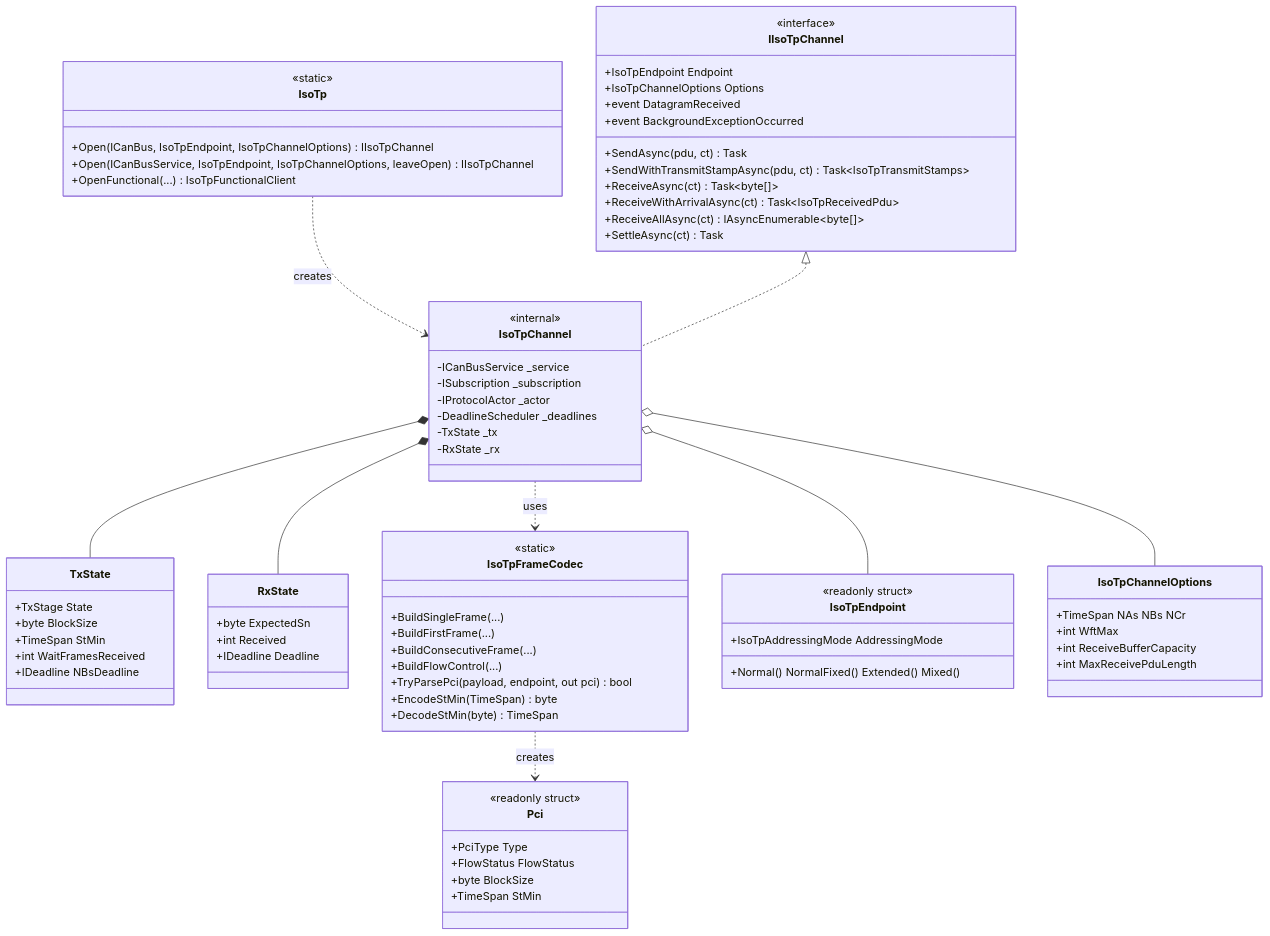
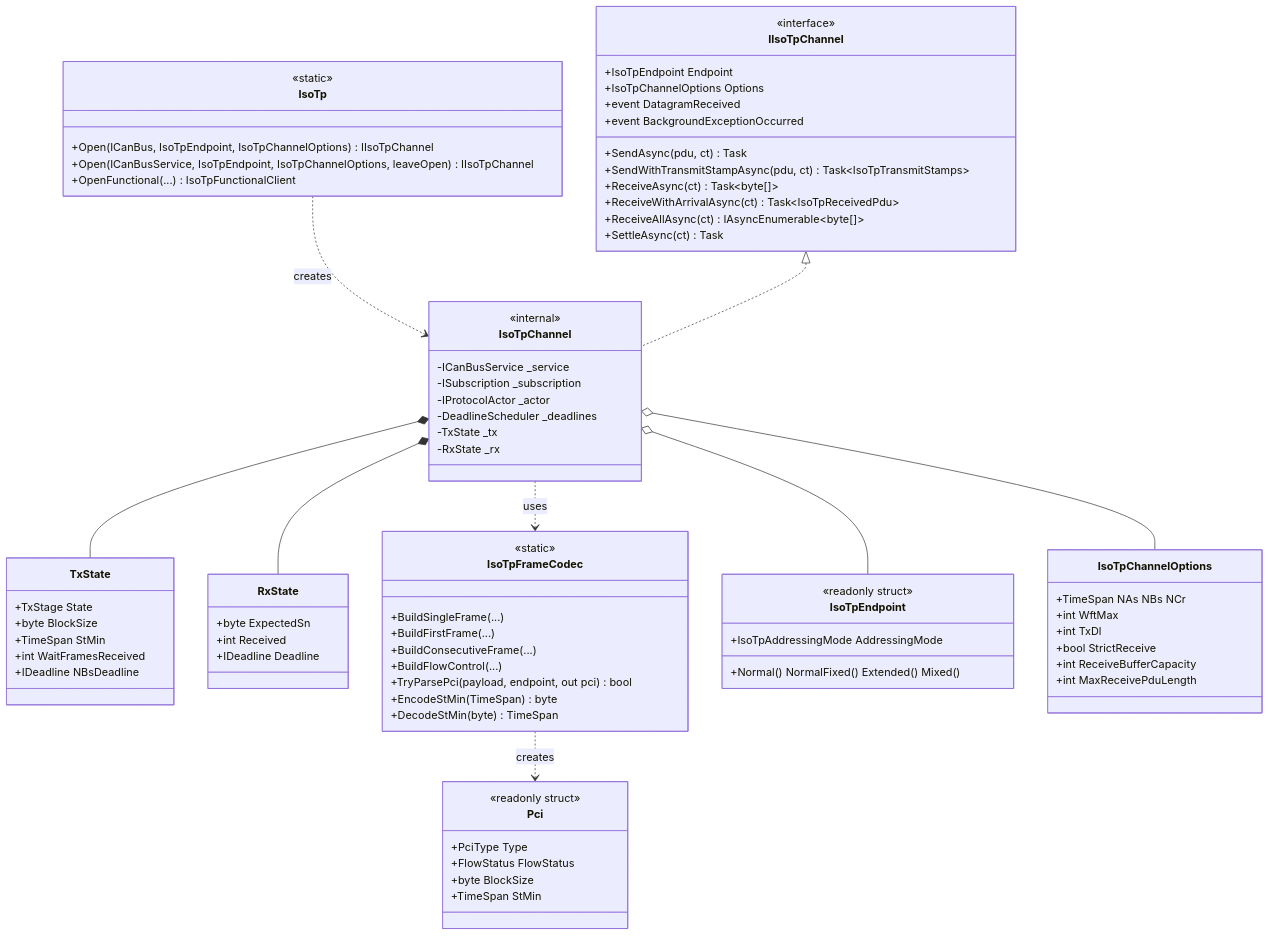
Before and after one commit to dborgards/CanKit.Pro: the fifth of 19 diagrams in docs/architecture/arc42-CanKit.Pro-en.md, drawn with Mermaid. The commit also changed 7 other files, not shown here.

First line of the commit message:
feat(isotp): add a configurable CAN FD TX_DL and a StrictReceive option

````diff
--- a/docs/architecture/arc42-CanKit.Pro-en.md
+++ b/docs/architecture/arc42-CanKit.Pro-en.md
@@ -472,80 +472,82 @@
 ```mermaid
 classDiagram
     class IsoTp {
         <<static>>
         +Open(ICanBus, IsoTpEndpoint, IsoTpChannelOptions) IIsoTpChannel
         +Open(ICanBusService, IsoTpEndpoint, IsoTpChannelOptions, leaveOpen) IIsoTpChannel
         +OpenFunctional(...) IsoTpFunctionalClient
     }
     class IIsoTpChannel {
         <<interface>>
         +IsoTpEndpoint Endpoint
         +IsoTpChannelOptions Options
         +SendAsync(pdu, ct) Task
         +SendWithTransmitStampAsync(pdu, ct) Task~IsoTpTransmitStamps~
         +ReceiveAsync(ct) Task~byte[]~
         +ReceiveWithArrivalAsync(ct) Task~IsoTpReceivedPdu~
         +ReceiveAllAsync(ct) IAsyncEnumerable~byte[]~
         +SettleAsync(ct) Task
         +event DatagramReceived
         +event BackgroundExceptionOccurred
     }
     class IsoTpChannel {
         <<internal>>
         -ICanBusService _service
         -ISubscription _subscription
         -IProtocolActor _actor
         -DeadlineScheduler _deadlines
         -TxState _tx
         -RxState _rx
     }
     class TxState {
         +TxStage State
         +byte BlockSize
         +TimeSpan StMin
         +int WaitFramesReceived
         +IDeadline NBsDeadline
     }
     class RxState {
         +byte ExpectedSn
         +int Received
         +IDeadline Deadline
     }
     class IsoTpFrameCodec {
         <<static>>
         +BuildSingleFrame(...)
         +BuildFirstFrame(...)
         +BuildConsecutiveFrame(...)
         +BuildFlowControl(...)
         +TryParsePci(payload, endpoint, out pci) bool
         +EncodeStMin(TimeSpan) byte
         +DecodeStMin(byte) TimeSpan
     }
     class Pci {
         <<readonly struct>>
         +PciType Type
         +FlowStatus FlowStatus
         +byte BlockSize
         +TimeSpan StMin
     }
     class IsoTpEndpoint {
         <<readonly struct>>
         +Normal() NormalFixed() Extended() Mixed()
         +IsoTpAddressingMode AddressingMode
     }
     class IsoTpChannelOptions {
         +TimeSpan NAs NBs NCr
         +int WftMax
+        +int TxDl
+        +bool StrictReceive
         +int ReceiveBufferCapacity
         +int MaxReceivePduLength
     }
 
     IsoTp ..> IsoTpChannel : creates
     IIsoTpChannel <|.. IsoTpChannel
     IsoTpChannel *-- TxState
     IsoTpChannel *-- RxState
     IsoTpChannel ..> IsoTpFrameCodec : uses
     IsoTpChannel o-- IsoTpEndpoint
     IsoTpChannel o-- IsoTpChannelOptions
     IsoTpFrameCodec ..> Pci : creates
 ```
````
